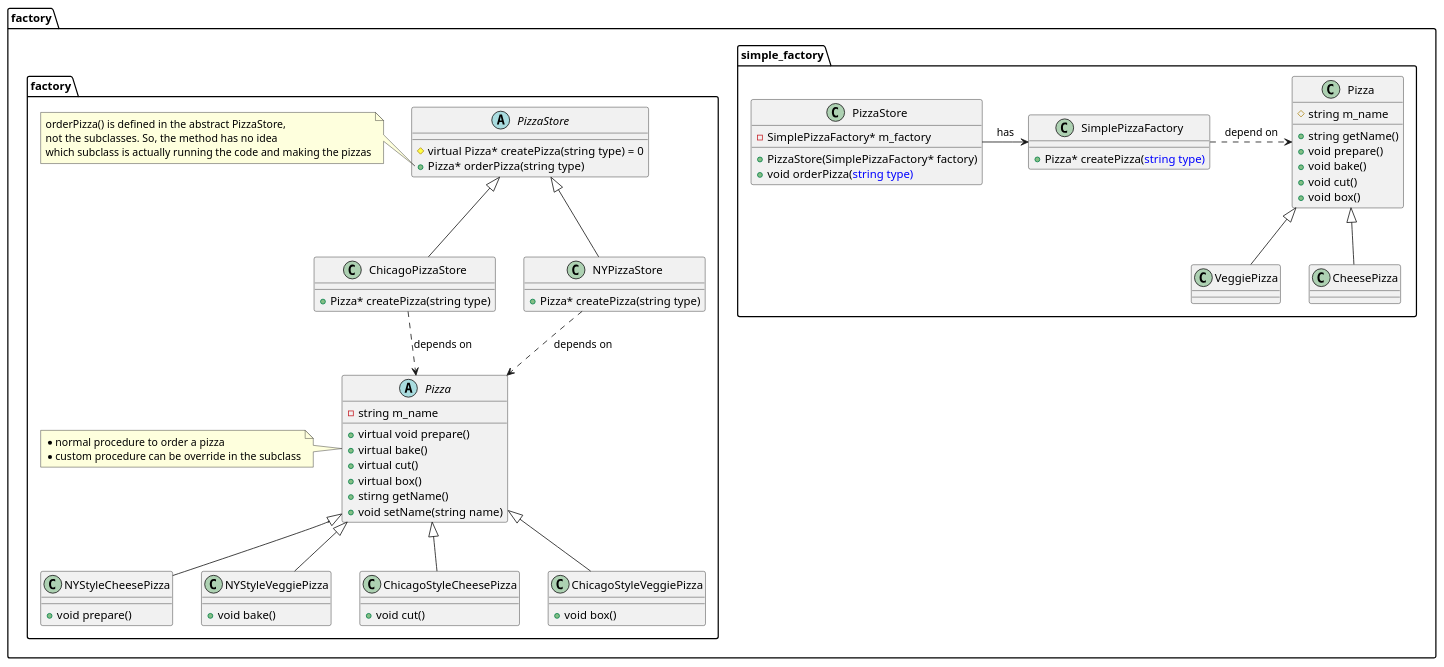
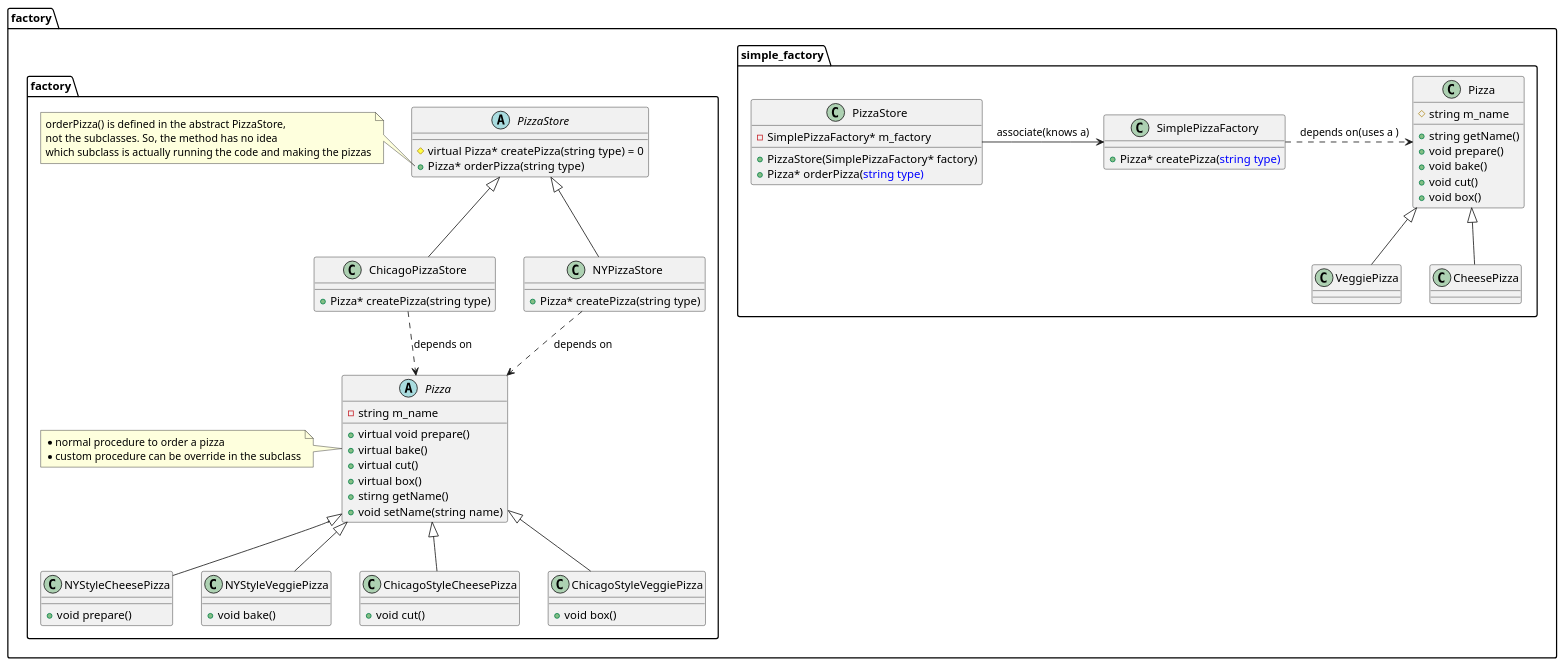
Before and after one commit to jwbecalm/Head-First-Design-Patterns-in-CPP: the diagram in ch04_Factory/00. plantuml/Factory.plantuml, drawn with PlantUML. The commit also changed 5 other files, not shown here.

```diff
--- a/ch04_Factory/00. plantuml/Factory.plantuml
+++ b/ch04_Factory/00. plantuml/Factory.plantuml
@@ -1,92 +1,95 @@
 @startuml SimpleFactory
 
 namespace factory.simple_factory{
-PizzaStore --> SimplePizzaFactory: has
-SimplePizzaFactory ..> Pizza: depend on
 
 class PizzaStore{
     - SimplePizzaFactory* m_factory
     + PizzaStore(SimplePizzaFactory* factory)
-    + void orderPizza(<color:blue>string type)
+    + Pizza* orderPizza(<color:blue>string type)
 }
 
 class SimplePizzaFactory{
     + Pizza* createPizza(<color:blue>string type)
 }
 
 class Pizza{
     # string m_name
     + string getName()
     + void prepare()
     + void bake()
     + void cut()
     + void box()
 }
 class CheesePizza extends Pizza{
 
 }
 class VeggiePizza extends Pizza{
 
 }
 
 'layout
 PizzaStore -[hidden]> SimplePizzaFactory
 SimplePizzaFactory -[hidden]> Pizza
+
+PizzaStore --> SimplePizzaFactory: associate(knows a)
+SimplePizzaFactory ..> Pizza: depends on(uses a )
+' PizzaStore --> Pizza: associate(knows a)
+' Association: One object is aware of another; it contains a pointer or reference to another object.
 }
 
 
 namespace factory.factory{
     abstract PizzaStore{
         # virtual Pizza* createPizza(string type) = 0
         + Pizza* orderPizza(string type)
     }
     note left of PizzaStore::orderPizza
     orderPizza() is defined in the abstract PizzaStore, 
     not the subclasses. So, the method has no idea 
     which subclass is actually running the code and making the pizzas
     end note
 
     class NYPizzaStore extends PizzaStore{
         + Pizza* createPizza(string type)
 
     }
     class ChicagoPizzaStore extends PizzaStore{
         + Pizza* createPizza(string type)
 
     }
 
     abstract Pizza{
         -string m_name
         + virtual void prepare()
         + virtual bake()
         + virtual cut()
         + virtual box()
         + stirng getName()
         + void setName(string name)
 
     }
     abstract Pizza 
     note left: *normal procedure to order a pizza\n*custom procedure can be override in the subclass
 
     class NYStyleCheesePizza extends Pizza{
         + void prepare()
     }
     class NYStyleVeggiePizza extends Pizza{
         + void bake()
     }
     class ChicagoStyleCheesePizza extends Pizza{
         + void cut()
     }
     class ChicagoStyleVeggiePizza extends Pizza{
         + void box()
     }
 
     NYPizzaStore ..> Pizza: depends on
     ChicagoPizzaStore ..> Pizza: depends on
 
     'layout
     Pizza -[hidden]> PizzaStore
     ChicagoStyleVeggiePizza -[hidden]> NYPizzaStore
 }
 
 @enduml
```
